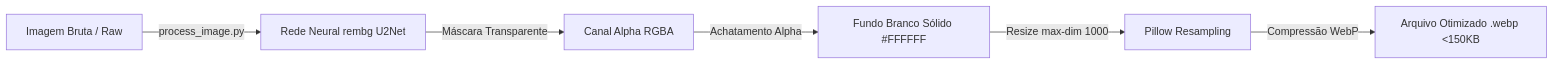
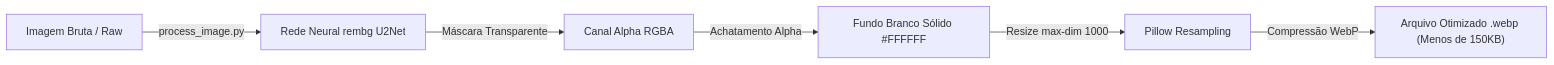
The diagram in docs/processamento-imagens.md (NaejBarbosa/paletscan-etl), drawn with Mermaid before and after one commit. The commit also changed 5 other files, not shown here.

Commit message:
fix(docs): corrige sintaxe dos diagramas Mermaid escapando aspas e caracteres especiais

````diff
--- a/docs/processamento-imagens.md
+++ b/docs/processamento-imagens.md
@@ -11,8 +11,8 @@
 ```mermaid
 graph LR
-    A[Imagem Bruta / Raw] -->|process_image.py| B[Rede Neural rembg U2Net]
-    B -->|Máscara Transparente| C[Canal Alpha RGBA]
-    C -->|Achatamento Alpha| D[Fundo Branco Sólido #FFFFFF]
-    D -->|Resize max-dim 1000| E[Pillow Resampling]
-    E -->|Compressão WebP| F[Arquivo Otimizado .webp <150KB]
+    A["Imagem Bruta / Raw"] -->|process_image.py| B["Rede Neural rembg U2Net"]
+    B -->|Máscara Transparente| C["Canal Alpha RGBA"]
+    C -->|Achatamento Alpha| D["Fundo Branco Sólido #FFFFFF"]
+    D -->|Resize max-dim 1000| E["Pillow Resampling"]
+    E -->|Compressão WebP| F["Arquivo Otimizado .webp (Menos de 150KB)"]
 ```
````
